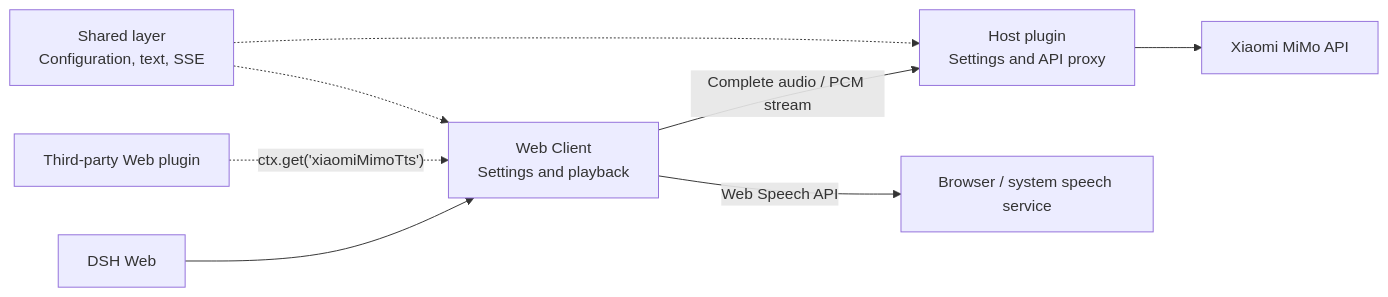
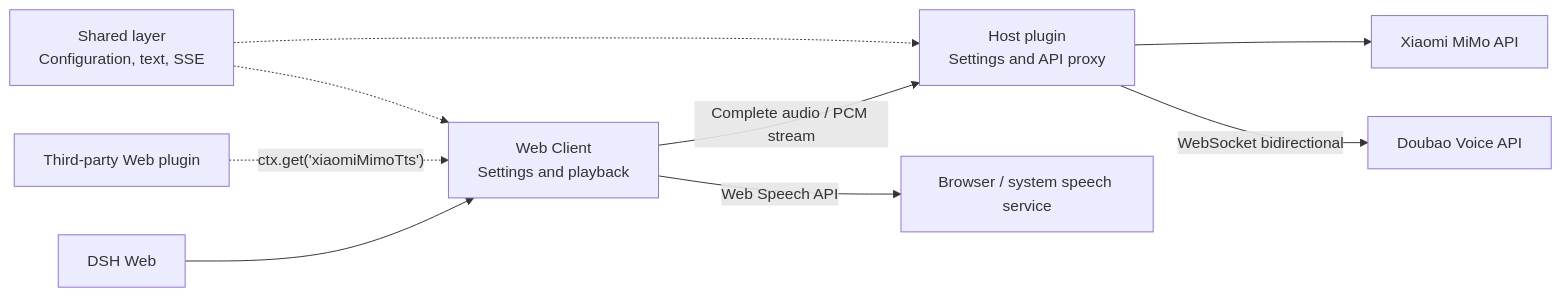
Before and after one commit to Luoning77/dsh-plugin-xiaomi-mimo-tts: the diagram in README.en.md, drawn with Mermaid. The commit also changed other lines of this file and 64 other files, not shown here.

````diff
--- a/README.en.md
+++ b/README.en.md
@@ -173,10 +199,11 @@
 ```mermaid
 flowchart LR
     DSH["DSH Web"] --> CLIENT["Web Client<br/>Settings and playback"]
     THIRD["Third-party Web plugin"] -. "ctx.get('xiaomiMimoTts')" .-> CLIENT
     CLIENT -->|"Complete audio / PCM stream"| HOST["Host plugin<br/>Settings and API proxy"]
     HOST --> MIMO["Xiaomi MiMo API"]
+    HOST -->|"WebSocket bidirectional"| DOUBAO["Doubao Voice API"]
     CLIENT -->|"Web Speech API"| SPEECH["Browser / system speech service"]
     SHARED["Shared layer<br/>Configuration, text, SSE"] -.-> CLIENT
     SHARED -.-> HOST
 ```
````
